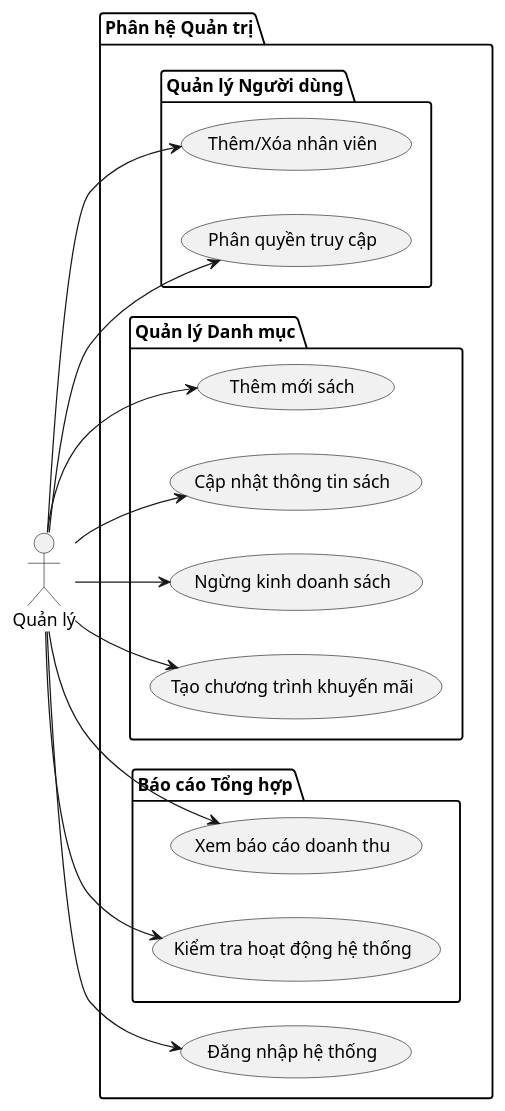
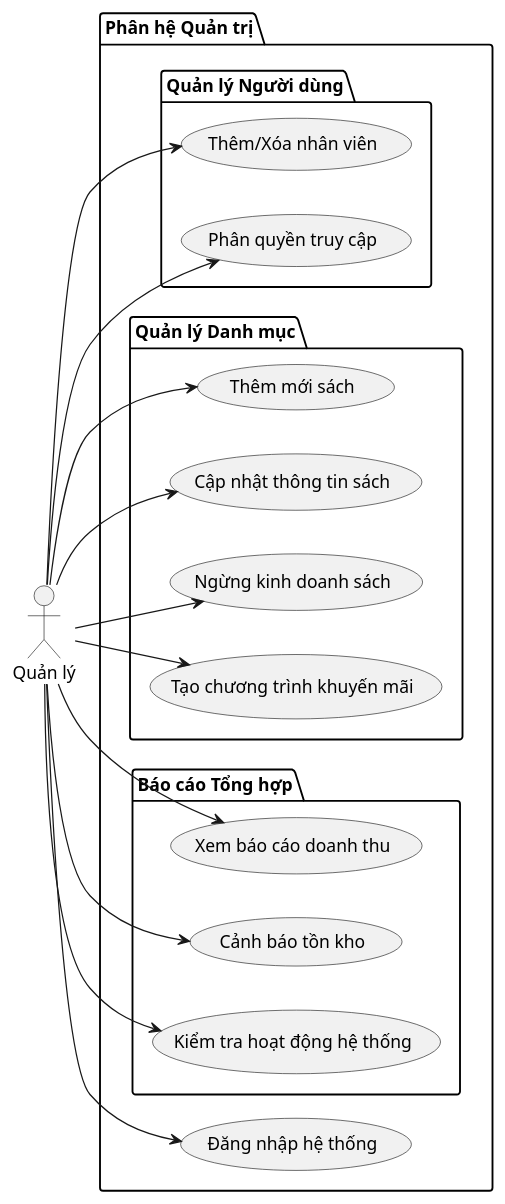
One commit to Kh0anh/QuanLyNhaSach changed the diagram in docs/use case/actor Quản lý.plantuml. Above: the diagram before and after it, drawn with PlantUML. The commit also changed 8 other files, not shown here.

```diff
--- a/docs/use case/actor Quản lý.plantuml
+++ b/docs/use case/actor Quản lý.plantuml
@@ -1,35 +1,37 @@
 @startuml
 left to right direction
 actor "Quản lý" as QL
 
 package "Phân hệ Quản trị" {
     usecase "Đăng nhập hệ thống" as UC_Login
     
     package "Quản lý Người dùng" {
         usecase "Thêm/Xóa nhân viên" as UC_QLNV
         usecase "Phân quyền truy cập" as UC_PhanQuyen
     }
 
     package "Quản lý Danh mục" {
         usecase "Thêm mới sách" as UC_ThemSach
         usecase "Cập nhật thông tin sách" as UC_SuaSach
         usecase "Ngừng kinh doanh sách" as UC_XoaSach
         usecase "Tạo chương trình khuyến mãi" as UC_KhuyenMai
     }
 
     package "Báo cáo Tổng hợp" {
         usecase "Xem báo cáo doanh thu" as UC_BaoCao
+        usecase "Cảnh báo tồn kho" as UC_TonKho
         usecase "Kiểm tra hoạt động hệ thống" as UC_Log
     }
 }
 
 QL --> UC_Login
 QL --> UC_QLNV
 QL --> UC_PhanQuyen
 QL --> UC_ThemSach
 QL --> UC_SuaSach
 QL --> UC_XoaSach
 QL --> UC_KhuyenMai
 QL --> UC_BaoCao
 QL --> UC_Log
+QL --> UC_TonKho
 @enduml
```
